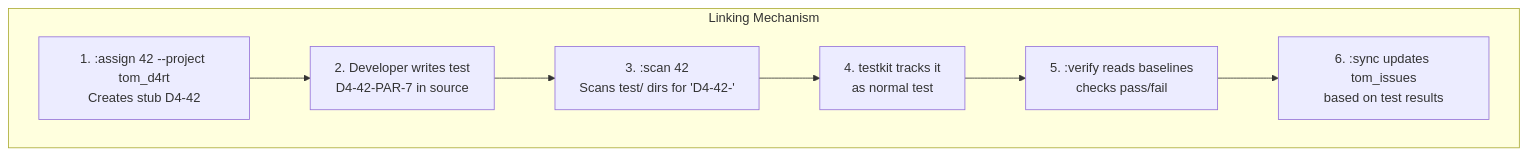
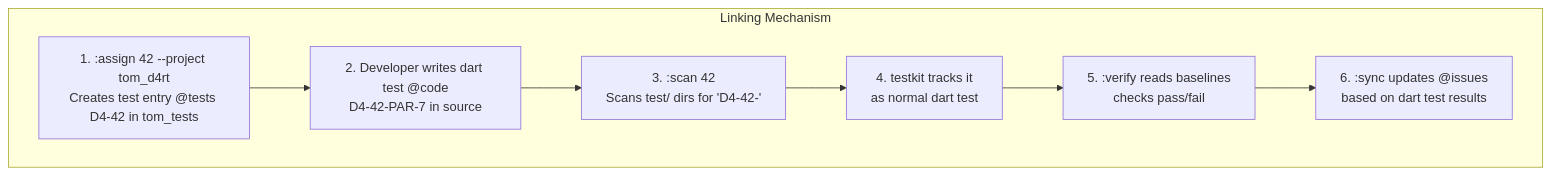
The sixth of 37 diagrams in tom_issue_kit/doc/issuekit_command_reference.md (al-the-bear/tom_module_basics), drawn with Mermaid before and after one commit. The commit also changed other lines of this file and 1 other file, not shown here.

First line of the commit message:
docs: architectural redesign — two issue trackers, @issues/@tests/@code terminology, nightly backup

````diff
--- a/tom_issue_kit/doc/issuekit_command_reference.md
+++ b/tom_issue_kit/doc/issuekit_command_reference.md
@@ -258,13 +263,13 @@
 ```mermaid
 graph TB
     subgraph "Linking Mechanism"
-        A["1. :assign 42 --project tom_d4rt<br/>Creates stub D4-42"]
-        B["2. Developer writes test<br/>D4-42-PAR-7 in source"]
+        A["1. :assign 42 --project tom_d4rt<br/>Creates test entry @tests D4-42 in tom_tests"]
+        B["2. Developer writes dart test @code<br/>D4-42-PAR-7 in source"]
         C["3. :scan 42<br/>Scans test/ dirs for 'D4-42-'"]
-        D["4. testkit tracks it<br/>as normal test"]
+        D["4. testkit tracks it<br/>as normal dart test"]
         E["5. :verify reads baselines<br/>checks pass/fail"]
-        F["6. :sync updates tom_issues<br/>based on test results"]
+        F["6. :sync updates @issues<br/>based on dart test results"]
     end
 
     A --> B --> C --> D --> E --> F
 ```
````
